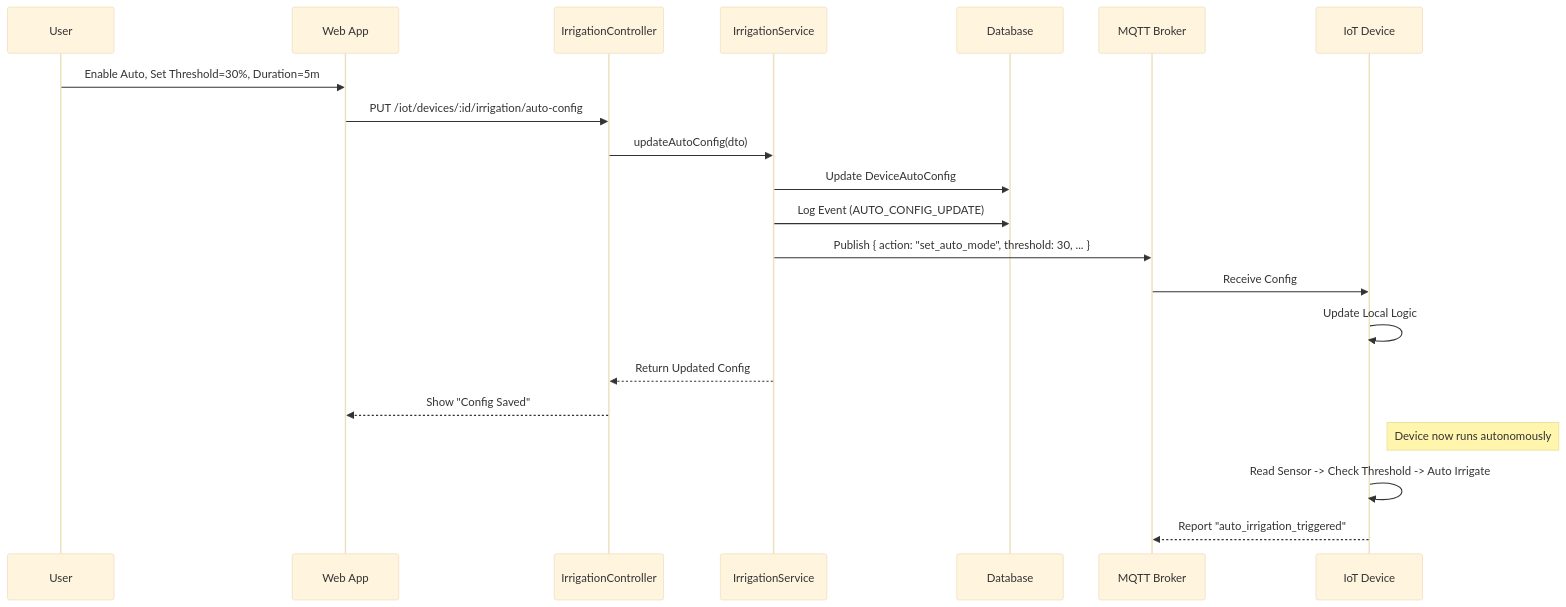
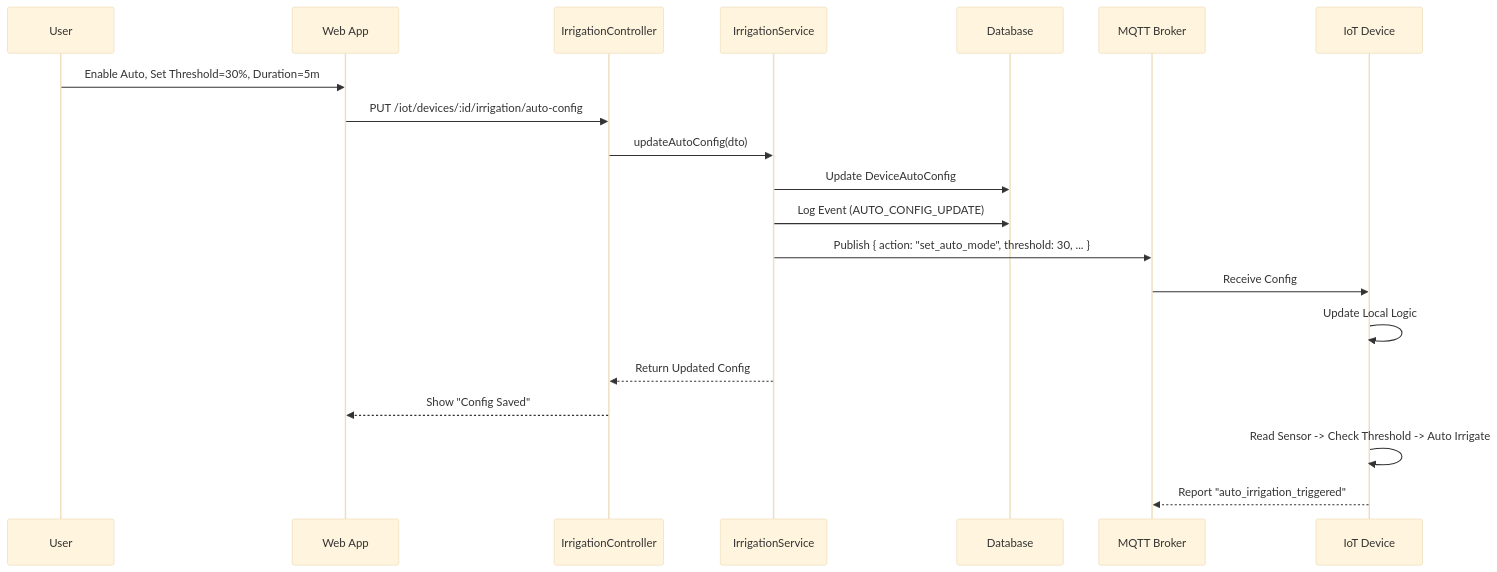
The fourth of 4 diagrams in DOC-TTCS/iot_dashboard_docs.md (duong4444/agribot-dev), drawn with Mermaid (base theme) before and after one commit. The commit also changed other lines of this file and 10 other files, not shown here.

````diff
--- a/DOC-TTCS/iot_dashboard_docs.md
+++ b/DOC-TTCS/iot_dashboard_docs.md
@@ -142,28 +141,27 @@
 ```mermaid
 sequenceDiagram
     participant U as User
     participant FE as Web App
     participant CTL as IrrigationController
     participant SVC as IrrigationService
     participant DB as Database
     participant MQ as MQTT Broker
     participant DV as IoT Device
 
     U->>FE: Enable Auto, Set Threshold=30%, Duration=5m
     FE->>CTL: PUT /iot/devices/:id/irrigation/auto-config
     CTL->>SVC: updateAutoConfig(dto)
     
     SVC->>DB: Update DeviceAutoConfig
     SVC->>DB: Log Event (AUTO_CONFIG_UPDATE)
     
     SVC->>MQ: Publish { action: "set_auto_mode", threshold: 30, ... }
     MQ->>DV: Receive Config
     DV->>DV: Update Local Logic
     
     SVC-->>CTL: Return Updated Config
     CTL-->>FE: Show "Config Saved"
     
-    note right of DV: Device now runs autonomously
     DV->>DV: Read Sensor -> Check Threshold -> Auto Irrigate
     DV-->>MQ: Report "auto_irrigation_triggered"
 ```
````
